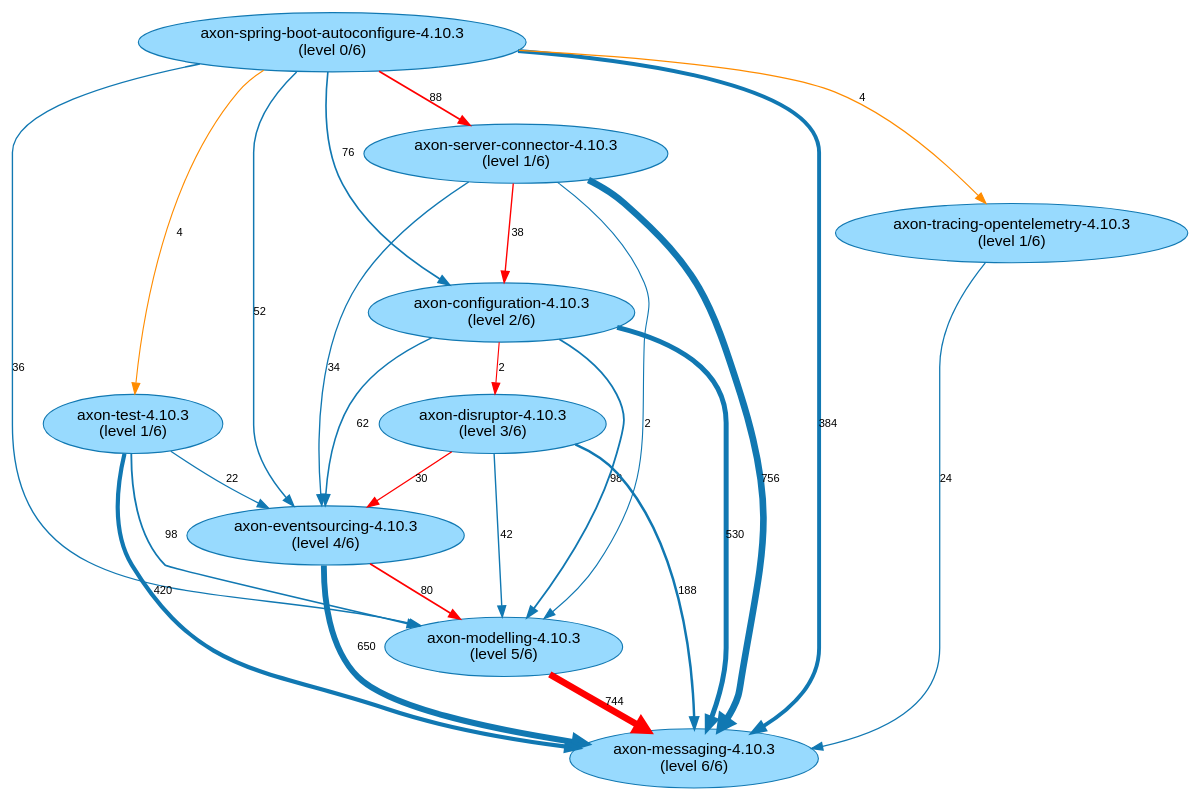
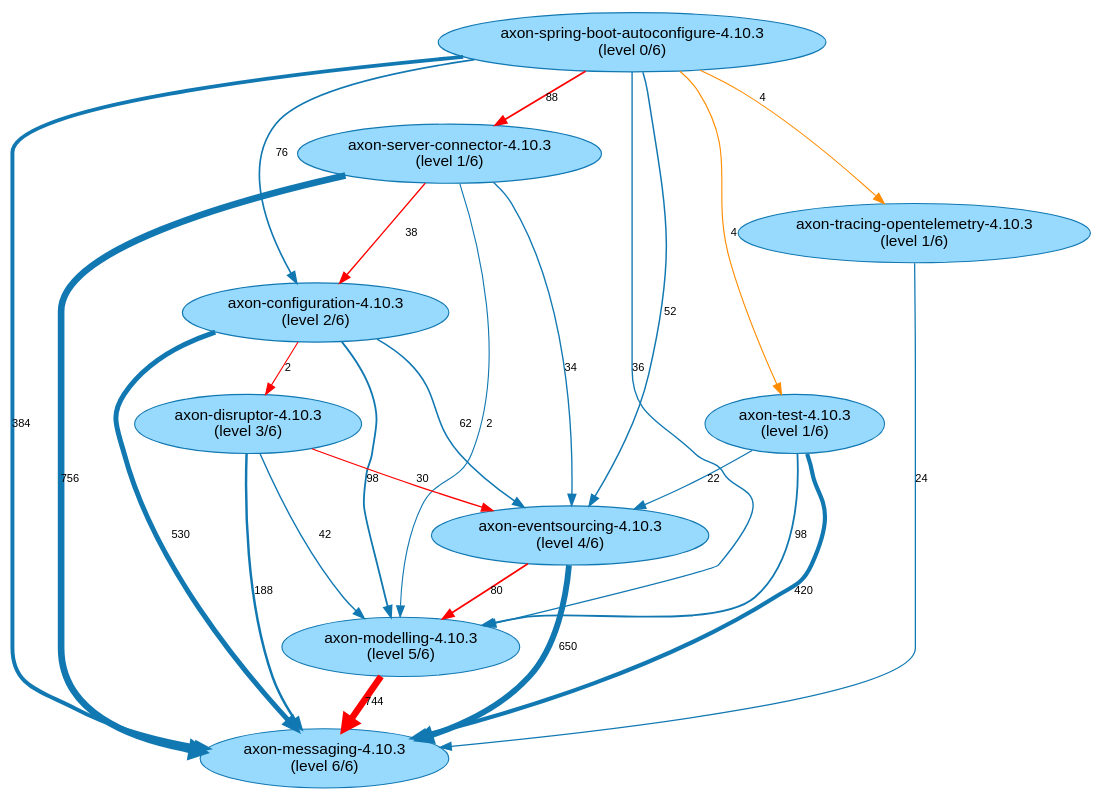
The diagram in results/AxonFramework-4.10.3/path-finding-visualization/JavaArtifactLongestPaths.gv (JohT/code-graph-analysis-pipeline), drawn with Graphviz before and after one commit. The commit also changed other lines of this file and 172 other files, not shown here.

```diff
--- a/results/AxonFramework-4.10.3/path-finding-visualization/JavaArtifactLongestPaths.gv
+++ b/results/AxonFramework-4.10.3/path-finding-visualization/JavaArtifactLongestPaths.gv
@@ -1,37 +1,37 @@
 // This GraphViz dot file was generated by the script convertQueryResultCsvToGraphVizDotFile.sh with default.template
 
 strict digraph JavaArtifactLongestPaths {
     fontname = "Helvetica,Arial,sans-serif";
     node [fontname = "Helvetica,Arial,sans-serif";];
     edge [fontname = "Helvetica,Arial,sans-serif"; fontsize = 10;];
     node [style = filled; fillcolor = "0.560 0.400 0.999";];
     node [color = "0.560 0.900 0.700";];
     edge [color = "0.560 0.900 0.700";];
-	"axon-eventsourcing-4.10.3\n(level 4/6)" -> "axon-messaging-4.10.3\n(level 6/6)" [label=650; penwidth=5.3; ];
-	"axon-eventsourcing-4.10.3\n(level 4/6)" -> "axon-modelling-4.10.3\n(level 5/6)" [label=80; penwidth=1.52; color="red"; ];
-	"axon-spring-boot-autoconfigure-4.10.3\n(level 0/6)" -> "axon-messaging-4.10.3\n(level 6/6)" [label=384; penwidth=3.53; ];
-	"axon-spring-boot-autoconfigure-4.10.3\n(level 0/6)" -> "axon-test-4.10.3\n(level 1/6)" [label=4; penwidth=1.01; ];
-	"axon-spring-boot-autoconfigure-4.10.3\n(level 0/6)" -> "axon-configuration-4.10.3\n(level 2/6)" [label=76; penwidth=1.49; ];
-	"axon-spring-boot-autoconfigure-4.10.3\n(level 0/6)" -> "axon-modelling-4.10.3\n(level 5/6)" [label=36; penwidth=1.23; ];
-	"axon-spring-boot-autoconfigure-4.10.3\n(level 0/6)" -> "axon-eventsourcing-4.10.3\n(level 4/6)" [label=52; penwidth=1.33; ];
-	"axon-spring-boot-autoconfigure-4.10.3\n(level 0/6)" -> "axon-server-connector-4.10.3\n(level 1/6)" [label=88; penwidth=1.57; color="red"; ];
-	"axon-spring-boot-autoconfigure-4.10.3\n(level 0/6)" -> "axon-tracing-opentelemetry-4.10.3\n(level 1/6)" [label=4; penwidth=1.01; ];
 	"axon-server-connector-4.10.3\n(level 1/6)" -> "axon-messaging-4.10.3\n(level 6/6)" [label=756; penwidth=6.0; ];
 	"axon-server-connector-4.10.3\n(level 1/6)" -> "axon-configuration-4.10.3\n(level 2/6)" [label=38; penwidth=1.24; color="red"; ];
 	"axon-server-connector-4.10.3\n(level 1/6)" -> "axon-eventsourcing-4.10.3\n(level 4/6)" [label=34; penwidth=1.21; ];
 	"axon-server-connector-4.10.3\n(level 1/6)" -> "axon-modelling-4.10.3\n(level 5/6)" [label=2; penwidth=1.0; ];
-	"axon-tracing-opentelemetry-4.10.3\n(level 1/6)" -> "axon-messaging-4.10.3\n(level 6/6)" [label=24; penwidth=1.15; ];
+	"axon-configuration-4.10.3\n(level 2/6)" -> "axon-messaging-4.10.3\n(level 6/6)" [label=530; penwidth=4.5; ];
 	"axon-configuration-4.10.3\n(level 2/6)" -> "axon-modelling-4.10.3\n(level 5/6)" [label=98; penwidth=1.64; ];
-	"axon-configuration-4.10.3\n(level 2/6)" -> "axon-messaging-4.10.3\n(level 6/6)" [label=530; penwidth=4.5; ];
 	"axon-configuration-4.10.3\n(level 2/6)" -> "axon-eventsourcing-4.10.3\n(level 4/6)" [label=62; penwidth=1.4; ];
 	"axon-configuration-4.10.3\n(level 2/6)" -> "axon-disruptor-4.10.3\n(level 3/6)" [label=2; penwidth=1.0; color="red"; ];
-	"axon-modelling-4.10.3\n(level 5/6)" -> "axon-messaging-4.10.3\n(level 6/6)" [label=744; penwidth=5.92; color="red"; ];
 	"axon-disruptor-4.10.3\n(level 3/6)" -> "axon-messaging-4.10.3\n(level 6/6)" [label=188; penwidth=2.23; ];
 	"axon-disruptor-4.10.3\n(level 3/6)" -> "axon-modelling-4.10.3\n(level 5/6)" [label=42; penwidth=1.27; ];
 	"axon-disruptor-4.10.3\n(level 3/6)" -> "axon-eventsourcing-4.10.3\n(level 4/6)" [label=30; penwidth=1.19; color="red"; ];
+	"axon-eventsourcing-4.10.3\n(level 4/6)" -> "axon-messaging-4.10.3\n(level 6/6)" [label=650; penwidth=5.3; ];
+	"axon-eventsourcing-4.10.3\n(level 4/6)" -> "axon-modelling-4.10.3\n(level 5/6)" [label=80; penwidth=1.52; color="red"; ];
+	"axon-modelling-4.10.3\n(level 5/6)" -> "axon-messaging-4.10.3\n(level 6/6)" [label=744; penwidth=5.92; color="red"; ];
+	"axon-spring-boot-autoconfigure-4.10.3\n(level 0/6)" -> "axon-messaging-4.10.3\n(level 6/6)" [label=384; penwidth=3.53; ];
+	"axon-spring-boot-autoconfigure-4.10.3\n(level 0/6)" -> "axon-server-connector-4.10.3\n(level 1/6)" [label=88; penwidth=1.57; color="red"; ];
+	"axon-spring-boot-autoconfigure-4.10.3\n(level 0/6)" -> "axon-configuration-4.10.3\n(level 2/6)" [label=76; penwidth=1.49; ];
+	"axon-spring-boot-autoconfigure-4.10.3\n(level 0/6)" -> "axon-eventsourcing-4.10.3\n(level 4/6)" [label=52; penwidth=1.33; ];
+	"axon-spring-boot-autoconfigure-4.10.3\n(level 0/6)" -> "axon-modelling-4.10.3\n(level 5/6)" [label=36; penwidth=1.23; ];
+	"axon-spring-boot-autoconfigure-4.10.3\n(level 0/6)" -> "axon-test-4.10.3\n(level 1/6)" [label=4; penwidth=1.01; ];
+	"axon-spring-boot-autoconfigure-4.10.3\n(level 0/6)" -> "axon-tracing-opentelemetry-4.10.3\n(level 1/6)" [label=4; penwidth=1.01; ];
 	"axon-test-4.10.3\n(level 1/6)" -> "axon-messaging-4.10.3\n(level 6/6)" [label=420; penwidth=3.77; ];
+	"axon-test-4.10.3\n(level 1/6)" -> "axon-eventsourcing-4.10.3\n(level 4/6)" [label=22; penwidth=1.13; ];
 	"axon-test-4.10.3\n(level 1/6)" -> "axon-modelling-4.10.3\n(level 5/6)" [label=98; penwidth=1.64; ];
-	"axon-test-4.10.3\n(level 1/6)" -> "axon-eventsourcing-4.10.3\n(level 4/6)" [label=22; penwidth=1.13; ];
+	"axon-tracing-opentelemetry-4.10.3\n(level 1/6)" -> "axon-messaging-4.10.3\n(level 6/6)" [label=24; penwidth=1.15; ];
+	"axon-spring-boot-autoconfigure-4.10.3\n(level 0/6)" -> "axon-test-4.10.3\n(level 1/6)" [label=4; penwidth=1.01; color="darkorange"; ];
 	"axon-spring-boot-autoconfigure-4.10.3\n(level 0/6)" -> "axon-tracing-opentelemetry-4.10.3\n(level 1/6)" [label=4; penwidth=1.01; color="darkorange"; ];
-	"axon-spring-boot-autoconfigure-4.10.3\n(level 0/6)" -> "axon-test-4.10.3\n(level 1/6)" [label=4; penwidth=1.01; color="darkorange"; ];
 }
```
